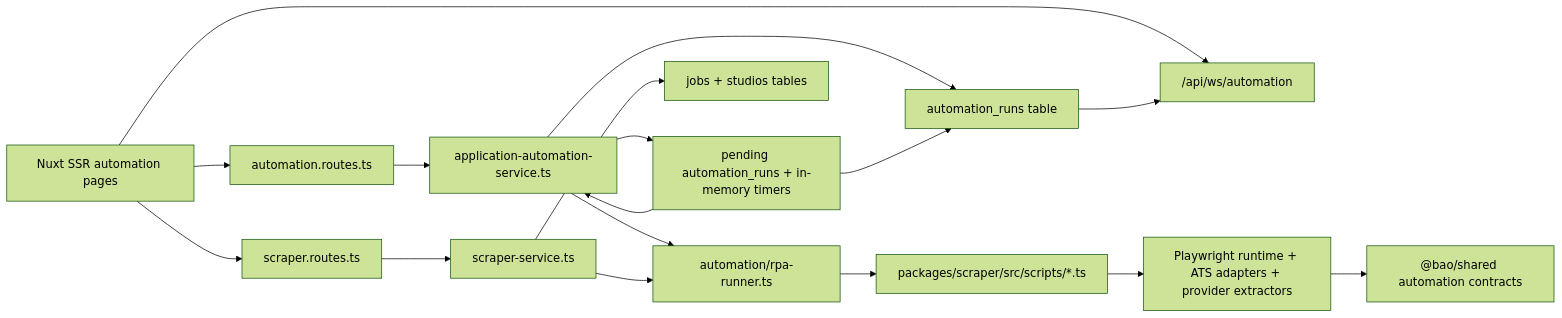
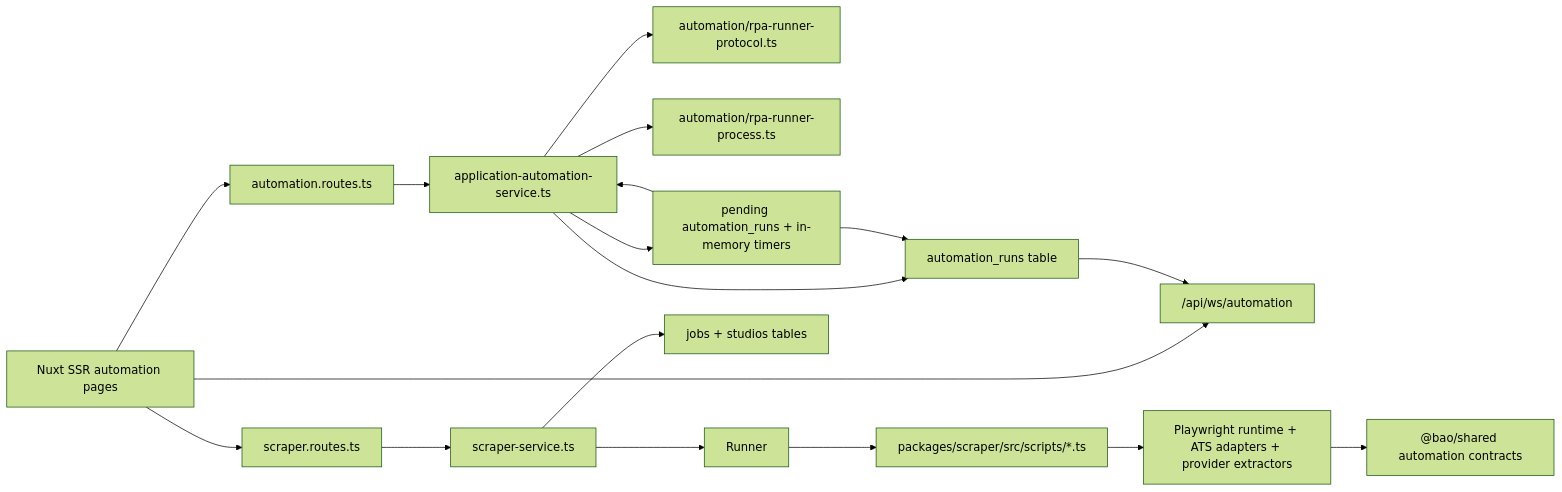
One commit to d4551/baobuildbuddy changed the first of 3 diagrams in docs/AUTOMATION.md. Above: the diagram before and after it, drawn with Mermaid (forest theme). The commit also changed other lines of this file and 49 other files, not shown here.

````diff
--- a/docs/AUTOMATION.md
+++ b/docs/AUTOMATION.md
@@ -11,19 +11,20 @@
 ```mermaid
 flowchart LR
   UI["Nuxt SSR automation pages"] --> AutomationRoutes["automation.routes.ts"]
   UI --> ScraperRoutes["scraper.routes.ts"]
   UI --> AutomationWs["/api/ws/automation"]
   AutomationRoutes --> Service["application-automation-service.ts"]
   ScraperRoutes --> ScraperService["scraper-service.ts"]
-  Service --> Runner["automation/rpa-runner.ts"]
+  Service --> RunnerProtocol["automation/rpa-runner-protocol.ts"]
+  Service --> RunnerProcess["automation/rpa-runner-process.ts"]
   ScraperService --> Runner
   Runner --> Scripts["packages/scraper/src/scripts/*.ts"]
   Scripts --> Runtime["Playwright runtime + ATS adapters + provider extractors"]
   Runtime --> Shared["@bao/shared automation contracts"]
   Service --> Scheduler["pending automation_runs + in-memory timers"]
   Service --> Runs["automation_runs table"]
   Scheduler --> Runs
   Scheduler --> Service
   ScraperService --> JobsStudios["jobs + studios tables"]
   Runs --> AutomationWs
 ```
````
